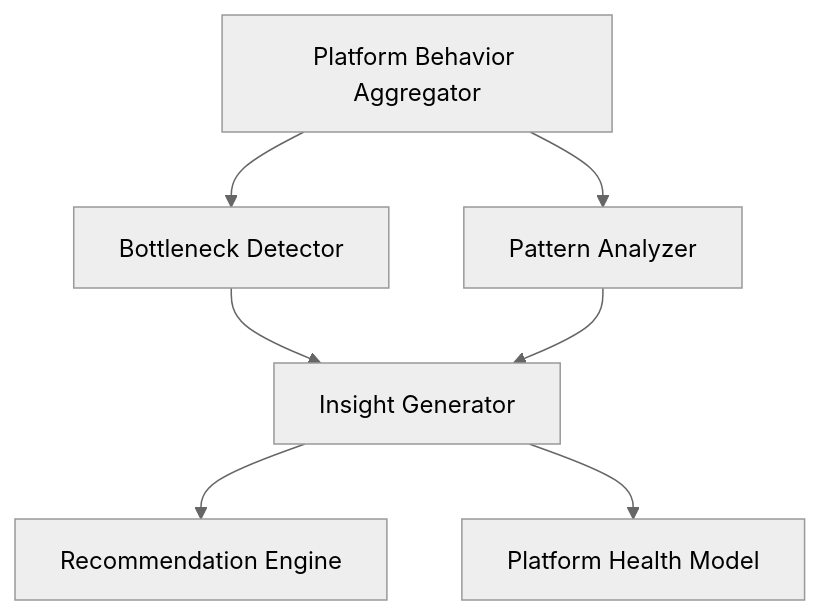
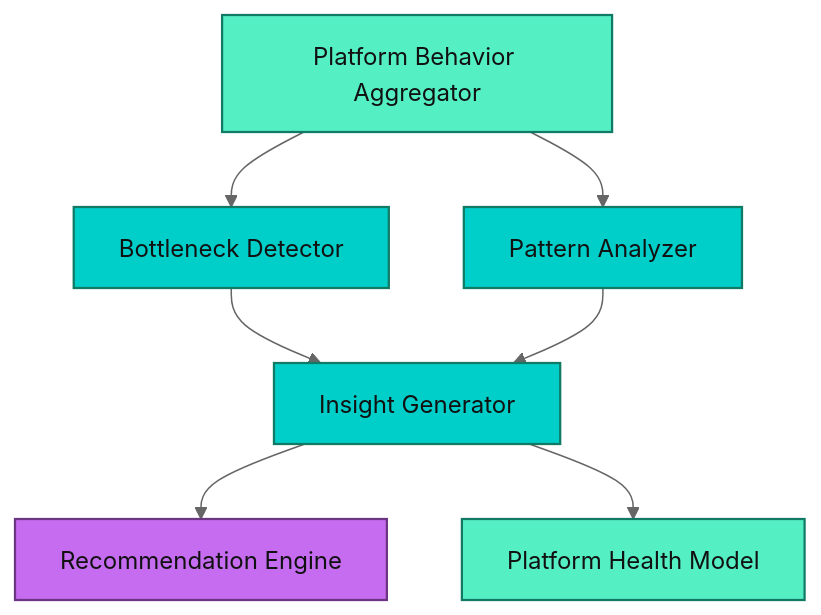
One commit to zansued/axionos changed the seventh of 10 diagrams in docs/ARCHITECTURE.md. Above: the diagram before and after it, drawn with Mermaid (neutral theme).

Commit message:
Preceding changes

````diff
--- a/docs/ARCHITECTURE.md
+++ b/docs/ARCHITECTURE.md
@@ -306,16 +306,20 @@
 ```mermaid
 flowchart TB
-    Aggregator["Platform Behavior Aggregator"]
-    Bottleneck["Bottleneck Detector"]
-    Pattern["Pattern Analyzer"]
-    Insight["Insight Generator"]
-    Reco["Recommendation Engine"]
-    Health["Platform Health Model"]
+    Aggregator["Platform Behavior Aggregator"]:::data
+    Bottleneck["Bottleneck Detector"]:::intelligence
+    Pattern["Pattern Analyzer"]:::intelligence
+    Insight["Insight Generator"]:::intelligence
+    Reco["Recommendation Engine"]:::governance
+    Health["Platform Health Model"]:::data
 
     Aggregator --> Bottleneck
     Aggregator --> Pattern
     Bottleneck --> Insight
     Pattern --> Insight
     Insight --> Reco
     Insight --> Health
+
+    classDef intelligence fill:#00CEC9,stroke:#117A65,color:#111,stroke-width:1.5px;
+    classDef governance fill:#C56CF0,stroke:#6C3483,color:#111,stroke-width:1.5px;
+    classDef data fill:#55EFC4,stroke:#117A65,color:#111,stroke-width:1.5px;
 ```
````
